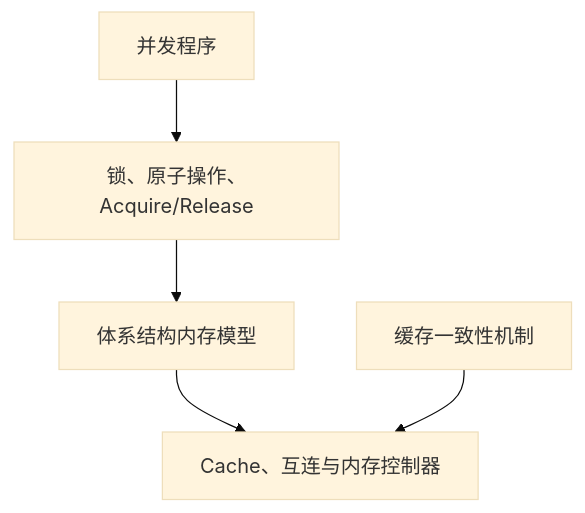
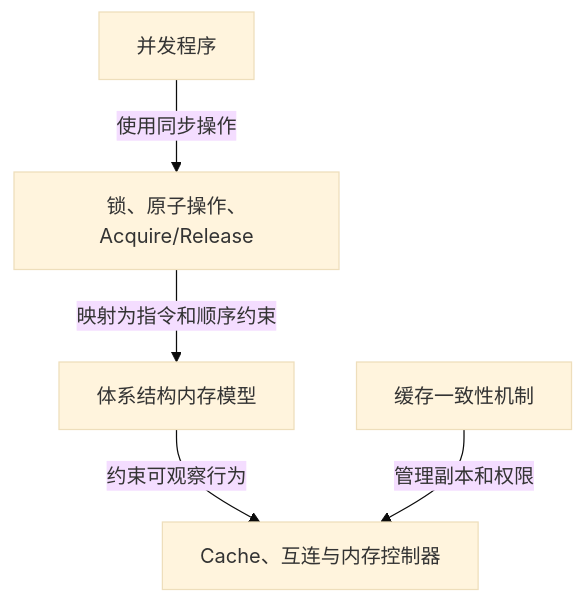
Before and after one commit to FormingSystem/linux_note: the second of 2 diagrams in knowledge/foundations/computer_architecture/cache_coherence/P01_缓存一致性问题与缓存行.md, drawn with Mermaid (base theme). The commit also changed other lines of this file and 10 other files, not shown here.

First line of the commit message:
content(architecture/cache): 重建缓存一致性事务与硬件职责的因果讲解

````diff
--- a/knowledge/foundations/computer_architecture/cache_coherence/P01_缓存一致性问题与缓存行.md
+++ b/knowledge/foundations/computer_architecture/cache_coherence/P01_缓存一致性问题与缓存行.md
@@ -108,13 +114,13 @@
 ```mermaid
 flowchart TB
     PROGRAM["并发程序"]
     SYNC["锁、原子操作、Acquire/Release"]
     MODEL["体系结构内存模型"]
     COHERENCE["缓存一致性机制"]
     HARDWARE["Cache、互连与内存控制器"]
 
-    PROGRAM --> SYNC
-    SYNC --> MODEL
-    MODEL --> HARDWARE
-    COHERENCE --> HARDWARE
+    PROGRAM -->|使用同步操作| SYNC
+    SYNC -->|映射为指令和顺序约束| MODEL
+    MODEL -->|约束可观察行为| HARDWARE
+    COHERENCE -->|管理副本和权限| HARDWARE
 ```
````
